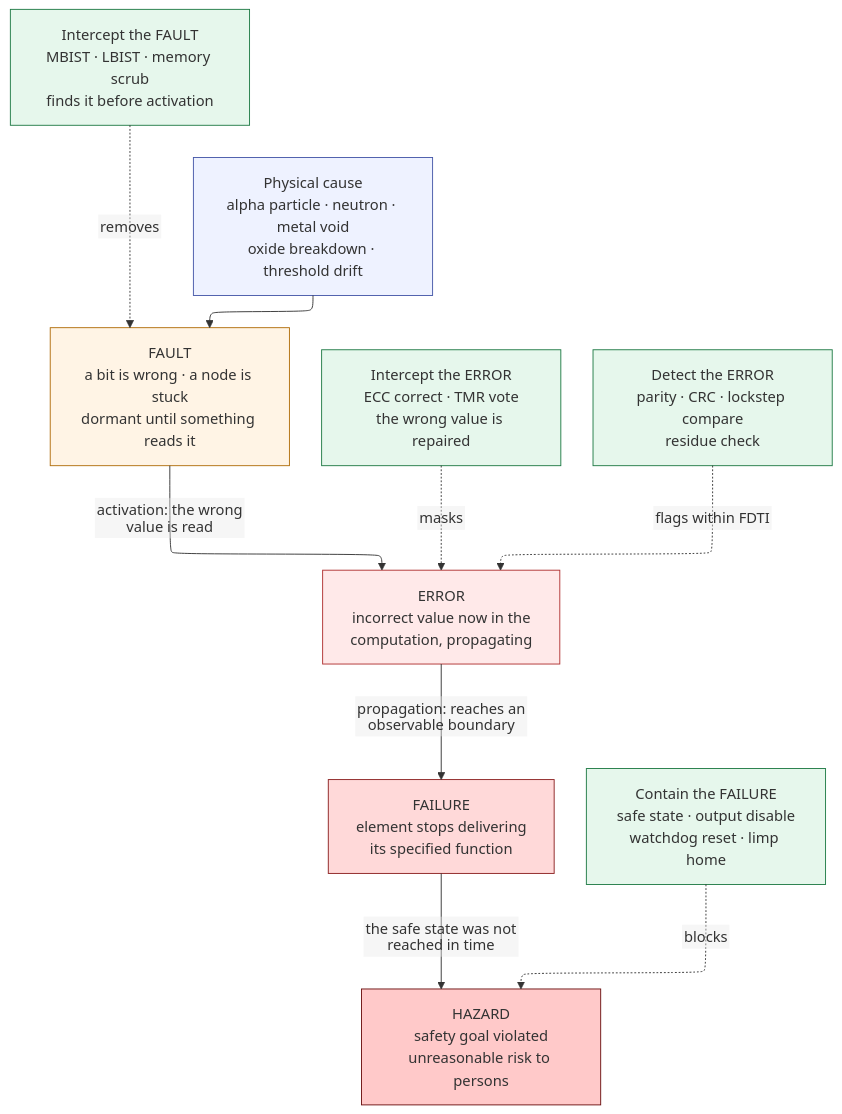
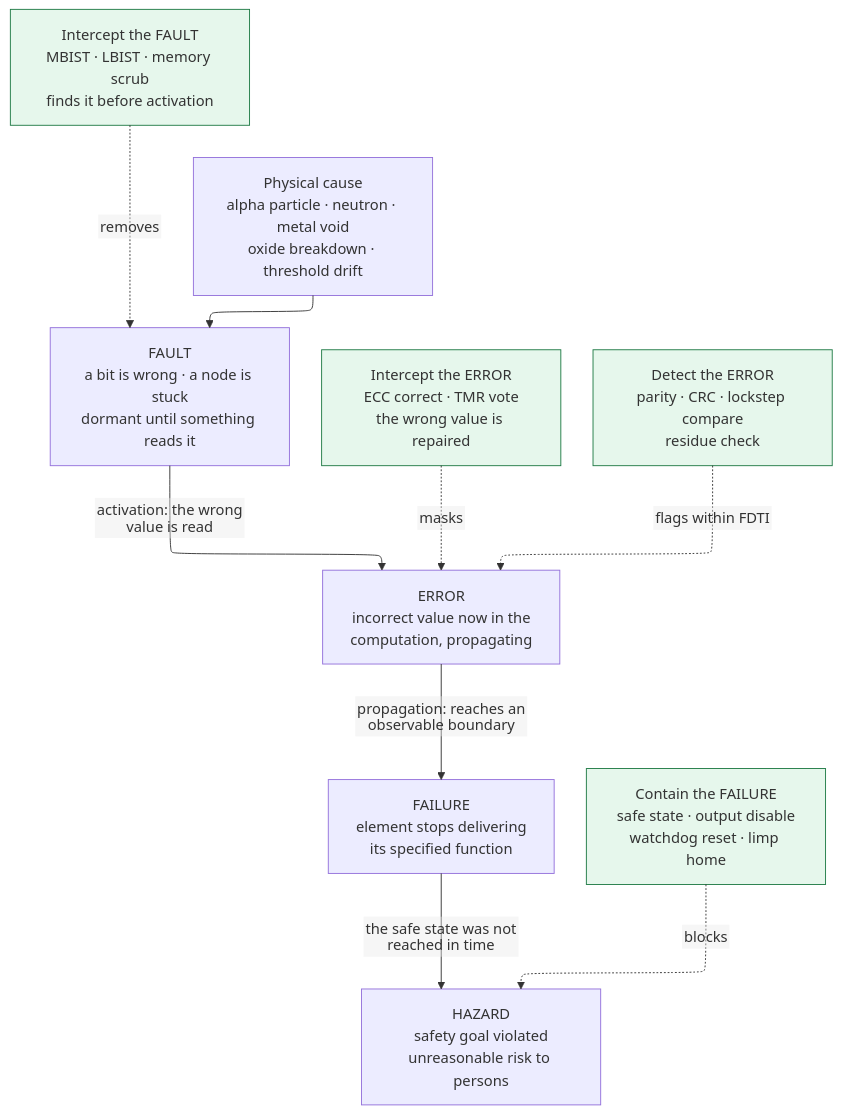
Before and after one commit to Wty2003328/silicon-design-notebook: the first of 3 diagrams in 08_Cross_Cutting_Engineering/02_Functional_Safety_and_Reliability_Engineering.md, drawn with Mermaid. The commit also changed other lines of this file and 125 other files, not shown here.

First line of the commit message:
Complete the AMBA family, refresh the learning path, and make every figure and formula actually render

````diff
--- a/08_Cross_Cutting_Engineering/02_Functional_Safety_and_Reliability_Engineering.md
+++ b/08_Cross_Cutting_Engineering/02_Functional_Safety_and_Reliability_Engineering.md
@@ -33,31 +33,26 @@
 ```mermaid
 %%{init: {"flowchart": {"defaultRenderer": "elk", "nodeSpacing": 55, "rankSpacing": 55, "htmlLabels": false}}}%%
 flowchart TD
-    P["Physical cause<br/>alpha particle · neutron · metal void<br/>oxide breakdown · threshold drift"]:::phys
-    F["FAULT<br/>a bit is wrong · a node is stuck<br/>dormant until something reads it"]:::fault
-    E["ERROR<br/>incorrect value now in the<br/>computation, propagating"]:::err
-    FL["FAILURE<br/>element stops delivering<br/>its specified function"]:::fail
-    H["HAZARD<br/>safety goal violated<br/>unreasonable risk to persons"]:::haz
+    P["Physical cause<br/>alpha particle · neutron · metal void<br/>oxide breakdown · threshold drift"]
+    F["FAULT<br/>a bit is wrong · a node is stuck<br/>dormant until something reads it"]
+    E["ERROR<br/>incorrect value now in the<br/>computation, propagating"]
+    FL["FAILURE<br/>element stops delivering<br/>its specified function"]
+    H["HAZARD<br/>safety goal violated<br/>unreasonable risk to persons"]
 
     P --> F
     F -->|"activation: the wrong value is read"| E
     E -->|"propagation: reaches an observable boundary"| FL
     FL -->|"the safe state was not reached in time"| H
 
     M1["Intercept the FAULT<br/>MBIST · LBIST · memory scrub<br/>finds it before activation"]:::sm
     M2["Intercept the ERROR<br/>ECC correct · TMR vote<br/>the wrong value is repaired"]:::sm
     M3["Detect the ERROR<br/>parity · CRC · lockstep compare<br/>residue check"]:::sm
     M4["Contain the FAILURE<br/>safe state · output disable<br/>watchdog reset · limp home"]:::sm
 
     M1 -.->|"removes"| F
     M2 -.->|"masks"| E
     M3 -.->|"flags within FDTI"| E
     M4 -.->|"blocks"| H
 
-    classDef phys fill:#eef2ff,stroke:#4557a8
-    classDef fault fill:#fff4e5,stroke:#b06d0a
-    classDef err fill:#ffe9e9,stroke:#b03030
-    classDef fail fill:#ffd9d9,stroke:#8b1f1f
-    classDef haz fill:#ffc9c9,stroke:#6b0f0f
     classDef sm fill:#e6f7ec,stroke:#1f7a45
 ```
````
